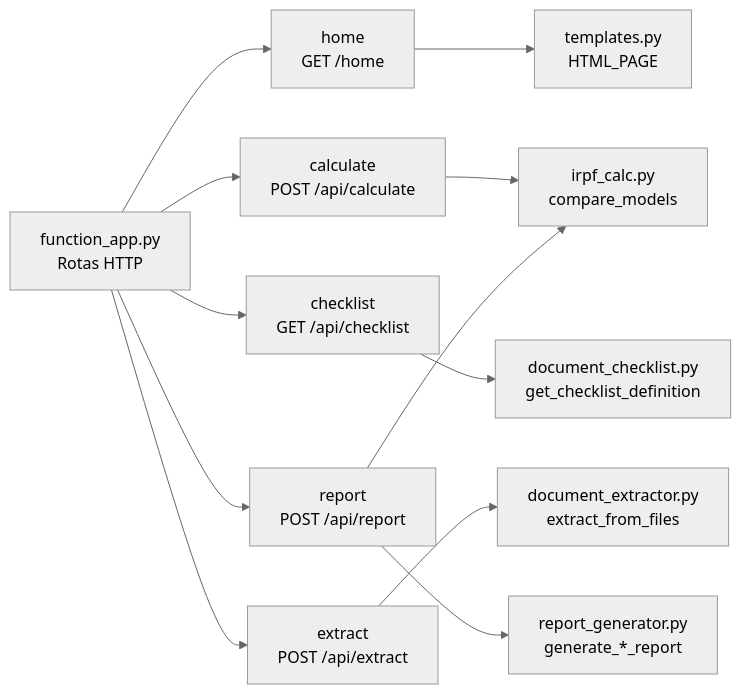
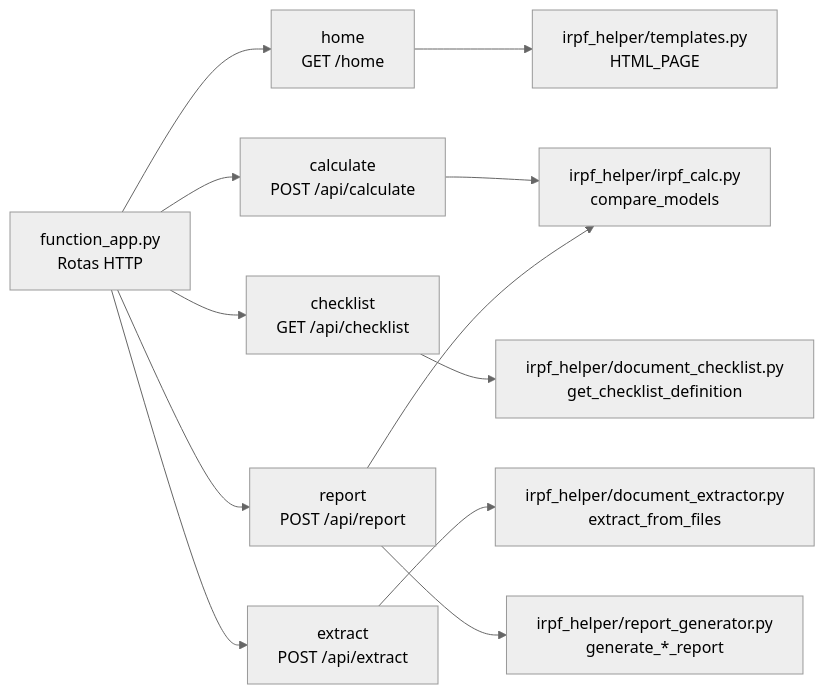
One commit to jaquelinerufino/irpf-helper changed the third of 4 diagrams in docs/c4-model.md. Above: the diagram before and after it, drawn with Mermaid (neutral theme). The commit also changed other lines of this file and 15 other files, not shown here.

````diff
--- a/docs/c4-model.md
+++ b/docs/c4-model.md
@@ -54,21 +58,21 @@
 ```mermaid
 flowchart LR
     routes["function_app.py\nRotas HTTP"]
     home["home\nGET /home"]
     calculate["calculate\nPOST /api/calculate"]
     check["checklist\nGET /api/checklist"]
     extraction["extract\nPOST /api/extract"]
     report["report\nPOST /api/report"]
-    html["templates.py\nHTML_PAGE"]
-    tax["irpf_calc.py\ncompare_models"]
-    docs["document_checklist.py\nget_checklist_definition"]
-    pdf["document_extractor.py\nextract_from_files"]
-    output["report_generator.py\ngenerate_*_report"]
+    html["irpf_helper/templates.py\nHTML_PAGE"]
+    tax["irpf_helper/irpf_calc.py\ncompare_models"]
+    docs["irpf_helper/document_checklist.py\nget_checklist_definition"]
+    pdf["irpf_helper/document_extractor.py\nextract_from_files"]
+    output["irpf_helper/report_generator.py\ngenerate_*_report"]
 
     routes --> home --> html
     routes --> calculate --> tax
     routes --> check --> docs
     routes --> extraction --> pdf
     routes --> report --> tax
     report --> output
 ```
````
